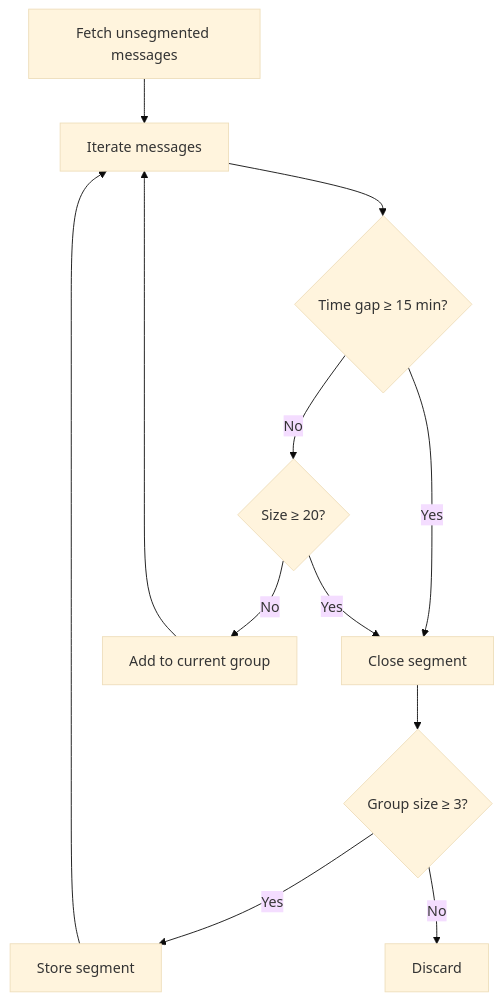
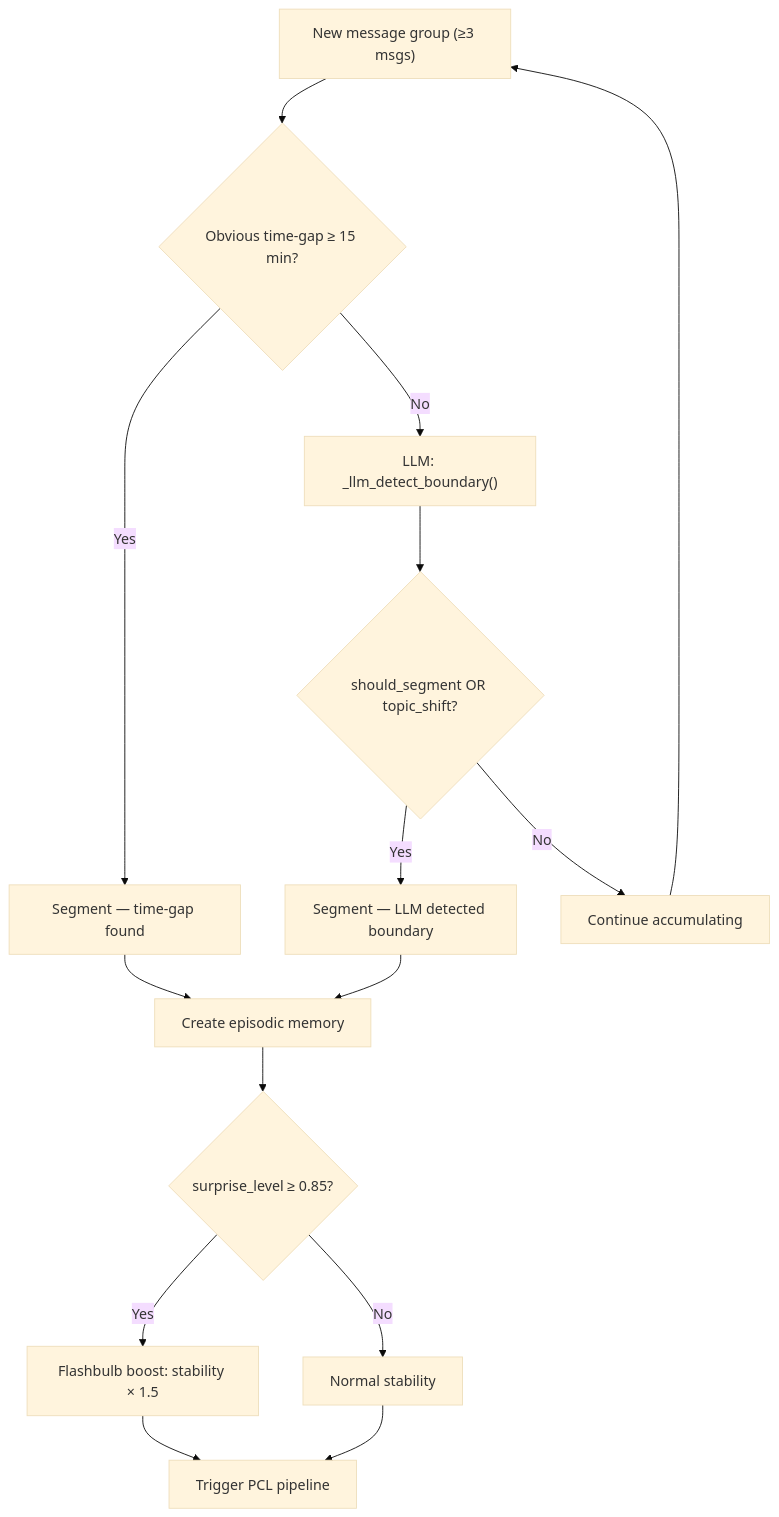
Before and after one commit to icedeyes12/yuzu-core: the second of 4 diagrams in app/memory/docs/architecture.md, drawn with Mermaid (base theme). The commit also changed other lines of this file and 1 other file, not shown here.

Commit message:
feat: update architecture doc to reflect full implementation + mark Phases 8-11 in roadmap

````diff
--- a/app/memory/docs/architecture.md
+++ b/app/memory/docs/architecture.md
@@ -137,14 +136,17 @@
 ```mermaid
 flowchart TD
-    A["Fetch unsegmented messages"] --> B["Iterate messages"]
-    B --> C{"Time gap ≥ 15 min?"}
-    C -->|Yes| D["Close segment"]
-    C -->|No| E{"Size ≥ 20?"}
-    E -->|Yes| D
-    E -->|No| F["Add to current group"]
-    D --> G{"Group size ≥ 3?"}
-    G -->|Yes| H["Store segment"]
-    G -->|No| I["Discard"]
-    H --> B
-    F --> B
+    A["New message group (≥3 msgs)"] --> B{"Obvious time-gap ≥ 15 min?"}
+    B -->|Yes| C["Segment — time-gap found"] 
+    B -->|No| D["LLM: _llm_detect_boundary()"]
+    D --> E{"should_segment OR topic_shift?"}
+    E -->|Yes| F["Segment — LLM detected boundary"]
+    E -->|No| G["Continue accumulating"]
+    C --> H["Create episodic memory"]
+    F --> H
+    H --> I{"surprise_level ≥ 0.85?"}
+    I -->|Yes| J["Flashbulb boost: stability × 1.5"]
+    I -->|No| K["Normal stability"]
+    J --> L["Trigger PCL pipeline"]
+    K --> L
+    G --> A
 ```
````
